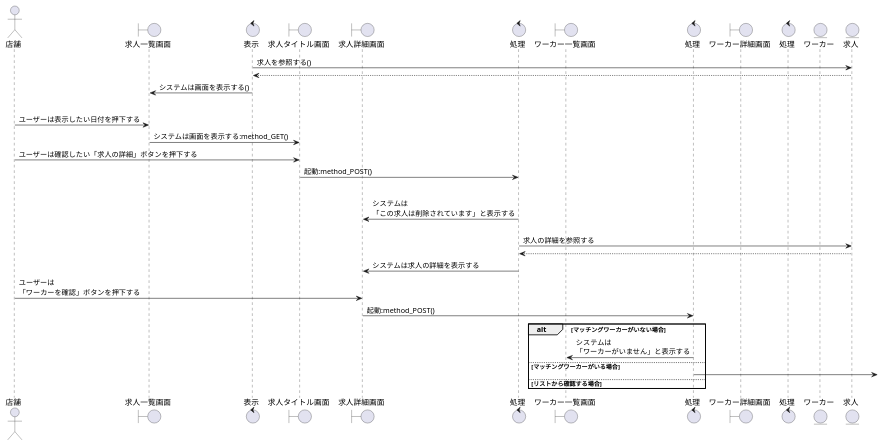
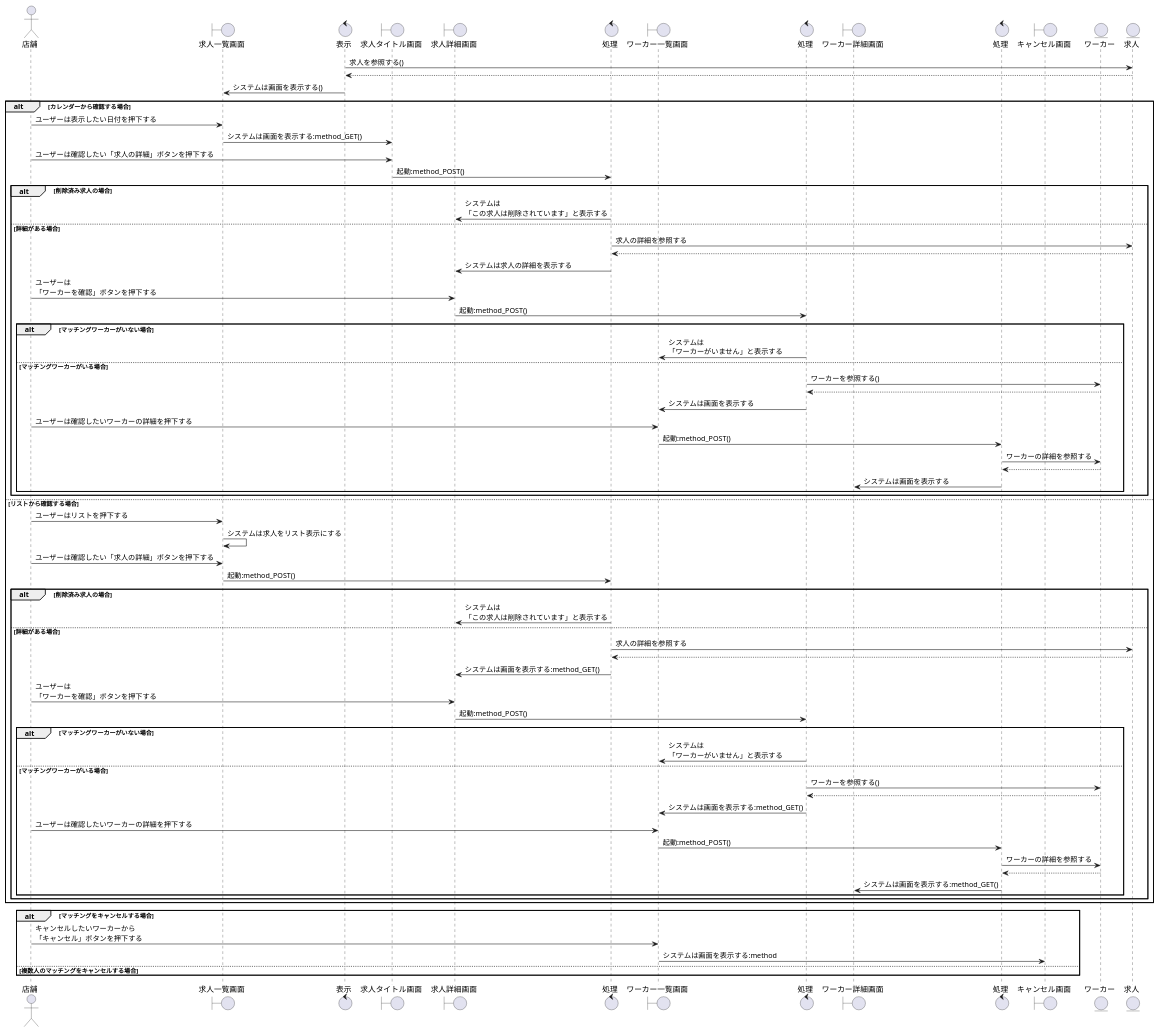
One commit to irukacb256/high_Me changed the diagram in sequence_fig/8_storeside_fn/04_マッチングしたワーカーの確認をする.pu. Above: the diagram before and after it, drawn with PlantUML. The commit also changed 1 other file, not shown here.

```diff
--- a/sequence_fig/8_storeside_fn/04_マッチングしたワーカーの確認をする.pu
+++ b/sequence_fig/8_storeside_fn/04_マッチングしたワーカーの確認をする.pu
@@ -1,48 +1,99 @@
 @startuml マッチングしたワーカーの確認をする
 
 actor 店舗 as cp1
 boundary 求人一覧画面 as b1
 control 表示 as co1
 boundary 求人タイトル画面 as b2
 boundary 求人詳細画面 as b3
 control 処理 as co2
 boundary ワーカー一覧画面 as b4
 control 処理 as co3
 boundary ワーカー詳細画面 as b5
 control 処理 as co4
+boundary キャンセル画面 as b6
 
 entity ワーカー as wo1
 entity 求人 as jb1
 
 co1 -> jb1 : 求人を参照する()
 co1 <-- jb1
 b1 <- co1 : システムは画面を表示する()
 
 alt カレンダーから確認する場合
     cp1 -> b1 : ユーザーは表示したい日付を押下する
     b1 -> b2 : システムは画面を表示する:method_GET()
     cp1 -> b2 : ユーザーは確認したい「求人の詳細」ボタンを押下する
     b2 -> co2 : 起動:method_POST()
     
     alt 削除済み求人の場合
         co2 -> b3 : システムは\n「この求人は削除されています」と表示する
     
     else 詳細がある場合
         co2 -> jb1 : 求人の詳細を参照する
         co2 <-- jb1
         co2 -> b3 : システムは求人の詳細を表示する
         cp1 -> b3 : ユーザーは\n「ワーカーを確認」ボタンを押下する
         b3 -> co3 : 起動:method_POST()
 
         alt マッチングワーカーがいない場合
             co3 -> b4 : システムは\n「ワーカーがいません」と表示する
 
         else マッチングワーカーがいる場合
-            co3 -> 
+            co3 -> wo1 : ワーカーを参照する()
+            co3 <-- wo1
+            co3 -> b4 : システムは画面を表示する
+            cp1 -> b4 : ユーザーは確認したいワーカーの詳細を押下する
+            b4 -> co4 : 起動:method_POST()
+            co4 -> wo1 : ワーカーの詳細を参照する
+            co4 <-- wo1
+            co4 -> b5 : システムは画面を表示する
+        
+        end
+
+    end
 
 else リストから確認する場合
+    cp1 -> b1 : ユーザーはリストを押下する
+    b1 -> b1 : システムは求人をリスト表示にする
+    cp1 -> b1 : ユーザーは確認したい「求人の詳細」ボタンを押下する
+    b1 -> co2 : 起動:method_POST()
+
+    alt 削除済み求人の場合
+        co2 -> b3 : システムは\n「この求人は削除されています」と表示する
+    
+    else 詳細がある場合
+        co2 -> jb1 : 求人の詳細を参照する
+        co2 <-- jb1
+        co2 -> b3 : システムは画面を表示する:method_GET()
+        cp1 -> b3 : ユーザーは\n「ワーカーを確認」ボタンを押下する
+        b3 -> co3 : 起動:method_POST()
+
+        alt マッチングワーカーがいない場合
+            co3 -> b4 : システムは\n「ワーカーがいません」と表示する
+
+        else マッチングワーカーがいる場合
+            co3 -> wo1 : ワーカーを参照する()
+            co3 <-- wo1
+            co3 -> b4 : システムは画面を表示する:method_GET()
+            cp1 -> b4 : ユーザーは確認したいワーカーの詳細を押下する
+            b4 -> co4 : 起動:method_POST()
+            co4 -> wo1 : ワーカーの詳細を参照する
+            co4 <-- wo1
+            co4 -> b5 : システムは画面を表示する:method_GET()
+        
+        end
+
+    end
+
+end
+
+alt マッチングをキャンセルする場合
+    cp1 -> b4 : キャンセルしたいワーカーから\n「キャンセル」ボタンを押下する
+    b4 -> b6 : システムは画面を表示する:method
+
+else 複数人のマッチングをキャンセルする場合
 
 end
 
     
 @enduml
```
